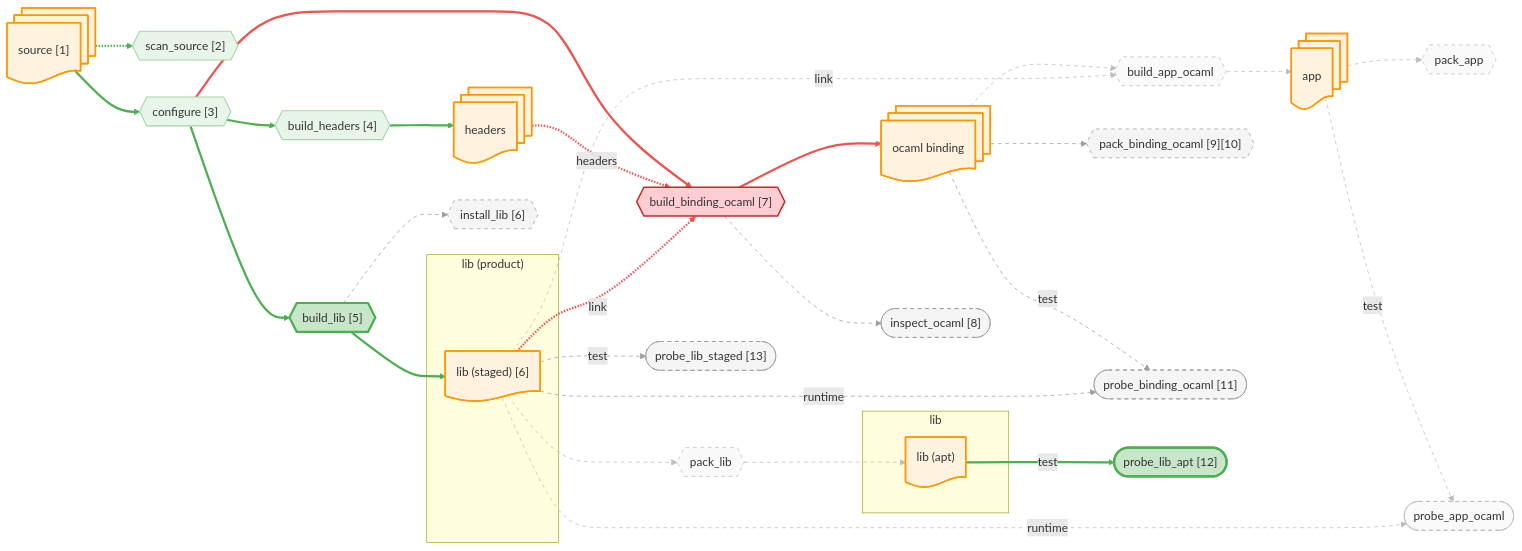
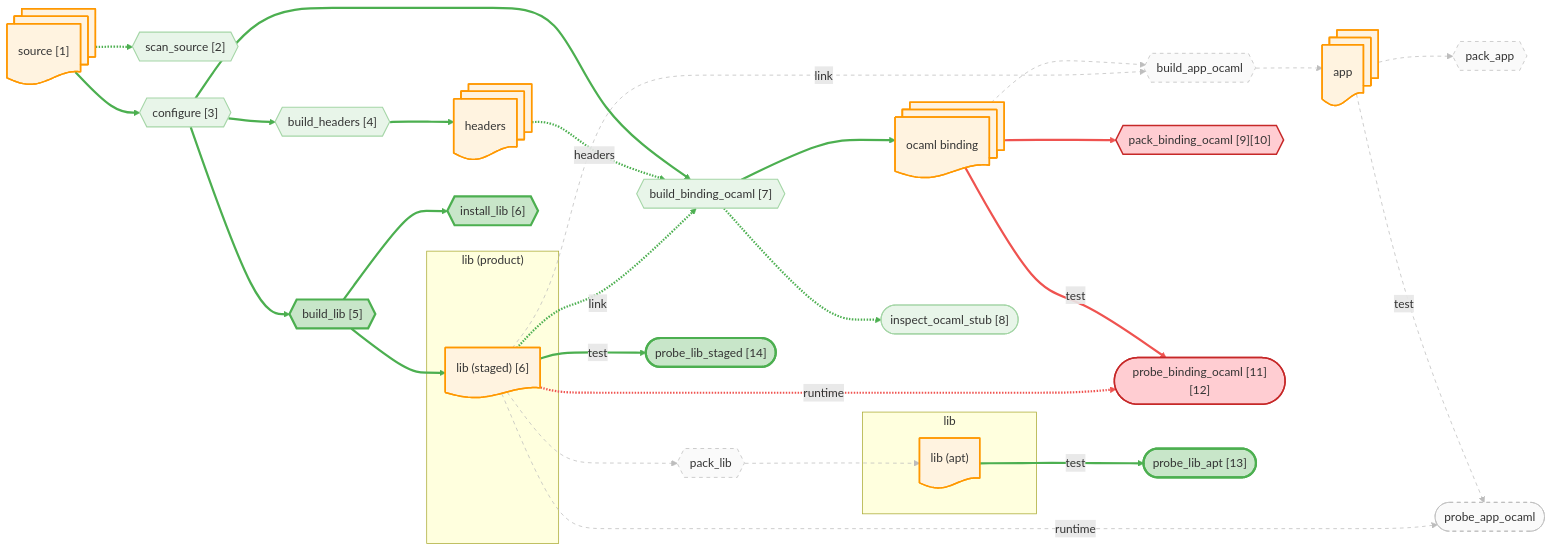
Before and after one commit to JHU-PL-Lab/tola: the diagram in docs/canary/projects/z3/-run/diagrams/lib.mmd, drawn with Mermaid. The commit also changed 24 other files, not shown here.

```diff
--- a/docs/canary/projects/z3/-run/diagrams/lib.mmd
+++ b/docs/canary/projects/z3/-run/diagrams/lib.mmd
@@ -1,104 +1,104 @@
 %% view: lib
 graph LR
     source_node@{ shape: docs, label: "source [1]" }
     headers_node@{ shape: docs, label: "headers" }
     subgraph lib_input_sg ["lib"]
       lib_apt_node@{ shape: doc, label: "lib (apt)" }
     end
     subgraph lib_product_sg ["lib (product)"]
       lib_staged_node@{ shape: doc, label: "lib (staged) [6]" }
     end
     app_node@{ shape: docs, label: "app" }
     ocaml_binding_node@{ shape: docs, label: "ocaml binding" }
 
     A_scan_source{{"scan_source [2]"}}
     A_configure{{"configure [3]"}}
     A_build_headers{{"build_headers [4]"}}
     A_build_lib{{"build_lib [5]"}}
     A_build_binding_ocaml{{"build_binding_ocaml [7]"}}
     A_build_app_ocaml{{"build_app_ocaml"}}
     A_install_lib{{"install_lib [6]"}}
     A_pack_binding_ocaml{{"pack_binding_ocaml [9][10]"}}
     A_pack_lib{{"pack_lib"}}
     A_pack_app{{"pack_app"}}
-    A_probe_binding_ocaml(["probe_binding_ocaml [11]"])
+    A_probe_binding_ocaml(["probe_binding_ocaml [11][12]"])
     A_probe_app_ocaml(["probe_app_ocaml"])
-    A_probe_lib_apt(["probe_lib_apt [12]"])
-    A_probe_lib_staged(["probe_lib_staged [13]"])
-    A_build_binding_ocaml_inspect(["inspect_ocaml [8]"])
+    A_probe_lib_apt(["probe_lib_apt [13]"])
+    A_probe_lib_staged(["probe_lib_staged [14]"])
+    A_build_binding_ocaml_stub_inspect(["inspect_ocaml_stub [8]"])
 
     source_node -.-> A_scan_source
     source_node --> A_configure
     A_configure --> A_build_headers
     A_build_headers --> headers_node
     A_configure --> A_build_lib
     A_build_lib --> lib_staged_node
     A_configure --> A_build_binding_ocaml
     headers_node -.->|headers| A_build_binding_ocaml
     lib_staged_node -.->|link| A_build_binding_ocaml
     A_build_binding_ocaml --> ocaml_binding_node
     ocaml_binding_node --> A_build_app_ocaml
     lib_staged_node -.->|link| A_build_app_ocaml
     A_build_app_ocaml --> app_node
     A_build_lib --> A_install_lib
     ocaml_binding_node --> A_pack_binding_ocaml
     lib_staged_node --> A_pack_lib
     A_pack_lib --> lib_apt_node
     app_node --> A_pack_app
     ocaml_binding_node -->|test| A_probe_binding_ocaml
     lib_staged_node -.->|runtime| A_probe_binding_ocaml
     app_node -->|test| A_probe_app_ocaml
     lib_staged_node -.->|runtime| A_probe_app_ocaml
     lib_apt_node -->|test| A_probe_lib_apt
     lib_staged_node -->|test| A_probe_lib_staged
-    A_build_binding_ocaml -.-> A_build_binding_ocaml_inspect
+    A_build_binding_ocaml -.-> A_build_binding_ocaml_stub_inspect
 
     classDef artifact fill:#fff3e0,stroke:#ff9800,stroke-width:2px
     classDef action fill:#f3e5f5,stroke:#9c27b0,stroke-width:2px
     classDef st_done fill:#c8e6c9,stroke:#4caf50,stroke-width:3px
     classDef st_done_ctx fill:#e8f5e9,stroke:#a5d6a7,stroke-width:1.5px
     classDef st_expected_fail fill:#fff9c4,stroke:#f9a825,stroke-width:2px
     classDef st_failed fill:#ffcdd2,stroke:#c62828,stroke-width:2px
     classDef st_skipped fill:#f5f5f5,stroke:#9e9e9e,stroke-dasharray:5
     classDef st_nospec fill:#fafafa,stroke:#bdbdbd,stroke-dasharray:5
     class source_node,headers_node,lib_apt_node,lib_staged_node,app_node,ocaml_binding_node artifact
     class A_scan_source st_done_ctx
     class A_configure st_done_ctx
     class A_build_headers st_done_ctx
     class A_build_lib st_done
-    class A_build_binding_ocaml st_failed
+    class A_build_binding_ocaml st_done_ctx
     class A_build_app_ocaml st_nospec
-    class A_install_lib st_skipped
-    class A_pack_binding_ocaml st_skipped
+    class A_install_lib st_done
+    class A_pack_binding_ocaml st_failed
     class A_pack_lib st_nospec
     class A_pack_app st_nospec
-    class A_probe_binding_ocaml st_skipped
+    class A_probe_binding_ocaml st_failed
     class A_probe_app_ocaml st_nospec
     class A_probe_lib_apt st_done
-    class A_probe_lib_staged st_skipped
-    class A_build_binding_ocaml_inspect st_skipped
+    class A_probe_lib_staged st_done
+    class A_build_binding_ocaml_stub_inspect st_done_ctx
     linkStyle 0 stroke:#4caf50,stroke-width:3px
     linkStyle 1 stroke:#4caf50,stroke-width:3px
     linkStyle 2 stroke:#4caf50,stroke-width:3px
     linkStyle 3 stroke:#4caf50,stroke-width:3px
     linkStyle 4 stroke:#4caf50,stroke-width:3px
     linkStyle 5 stroke:#4caf50,stroke-width:3px
-    linkStyle 6 stroke:#ef5350,stroke-width:3px
-    linkStyle 7 stroke:#ef5350,stroke-width:3px
-    linkStyle 8 stroke:#ef5350,stroke-width:3px
-    linkStyle 9 stroke:#ef5350,stroke-width:3px
+    linkStyle 6 stroke:#4caf50,stroke-width:3px
+    linkStyle 7 stroke:#4caf50,stroke-width:3px
+    linkStyle 8 stroke:#4caf50,stroke-width:3px
+    linkStyle 9 stroke:#4caf50,stroke-width:3px
     linkStyle 10 stroke:#bdbdbd,stroke-width:1px,stroke-dasharray:5
     linkStyle 11 stroke:#bdbdbd,stroke-width:1px,stroke-dasharray:5
     linkStyle 12 stroke:#bdbdbd,stroke-width:1px,stroke-dasharray:5
-    linkStyle 13 stroke:#9e9e9e,stroke-width:1px,stroke-dasharray:5
-    linkStyle 14 stroke:#9e9e9e,stroke-width:1px,stroke-dasharray:5
+    linkStyle 13 stroke:#4caf50,stroke-width:3px
+    linkStyle 14 stroke:#ef5350,stroke-width:3px
     linkStyle 15 stroke:#bdbdbd,stroke-width:1px,stroke-dasharray:5
     linkStyle 16 stroke:#bdbdbd,stroke-width:1px,stroke-dasharray:5
     linkStyle 17 stroke:#bdbdbd,stroke-width:1px,stroke-dasharray:5
-    linkStyle 18 stroke:#9e9e9e,stroke-width:1px,stroke-dasharray:5
-    linkStyle 19 stroke:#9e9e9e,stroke-width:1px,stroke-dasharray:5
+    linkStyle 18 stroke:#ef5350,stroke-width:3px
+    linkStyle 19 stroke:#ef5350,stroke-width:3px
     linkStyle 20 stroke:#bdbdbd,stroke-width:1px,stroke-dasharray:5
     linkStyle 21 stroke:#bdbdbd,stroke-width:1px,stroke-dasharray:5
     linkStyle 22 stroke:#4caf50,stroke-width:3px
-    linkStyle 23 stroke:#9e9e9e,stroke-width:1px,stroke-dasharray:5
-    linkStyle 24 stroke:#9e9e9e,stroke-width:1px,stroke-dasharray:5
+    linkStyle 23 stroke:#4caf50,stroke-width:3px
+    linkStyle 24 stroke:#4caf50,stroke-width:3px
```
